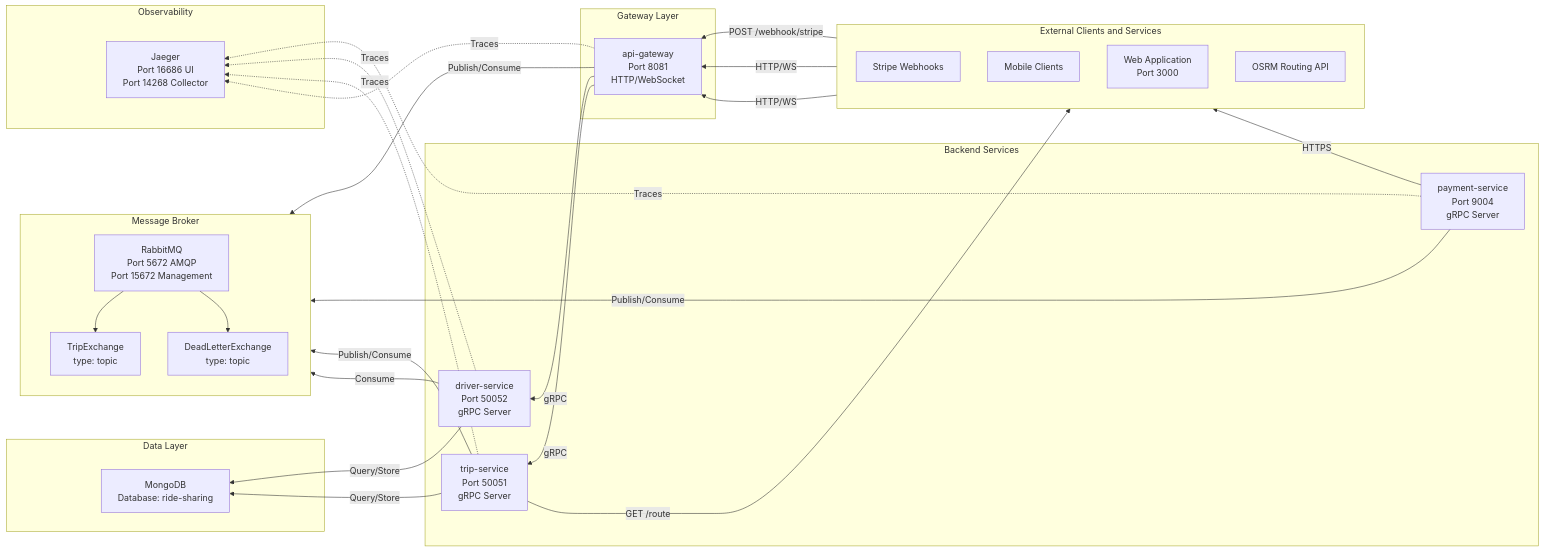
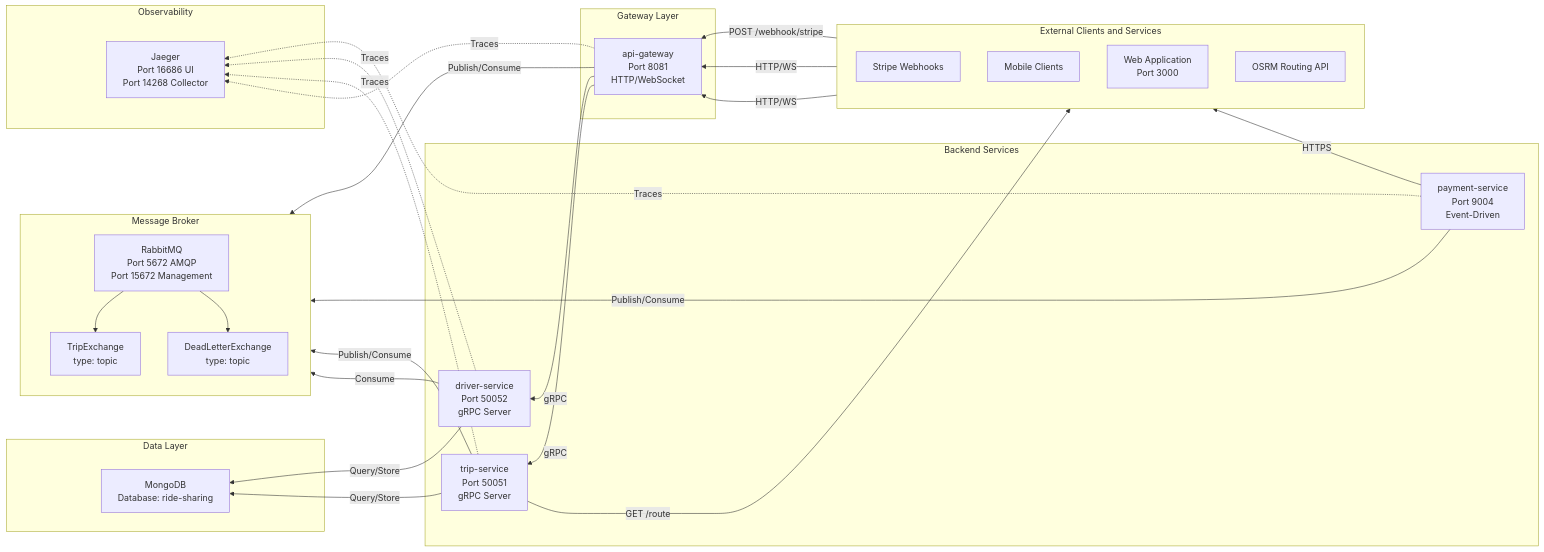
One commit to RushikeshBhavsar3605/RideSync changed the first of 2 diagrams in README.md. Above: the diagram before and after it, drawn with Mermaid. The commit also changed other lines of this file, not shown here.

````diff
--- a/README.md
+++ b/README.md
@@ -35,72 +67,72 @@
 ```mermaid
 flowchart RL
     %% Subgraph Definitions
     subgraph External [External Clients and Services]
         direction TB
         Stripe[Stripe Webhooks]
         Mobile[Mobile Clients]
         Web[Web Application<br/>Port 3000]
         OSRM[OSRM Routing API]
     end
 
     subgraph Gateway [Gateway Layer]
         APIGW[api-gateway<br/>Port 8081<br/>HTTP/WebSocket]
     end
 
     subgraph Backend [Backend Services]
-        Payment[payment-service<br/>Port 9004<br/>gRPC Server]
+        Payment[payment-service<br/>Port 9004<br/>Event-Driven]
         Driver[driver-service<br/>Port 50052<br/>gRPC Server]
         Trip[trip-service<br/>Port 50051<br/>gRPC Server]
     end
 
     subgraph Broker [Message Broker]
         direction TB
         Rabbit[RabbitMQ<br/>Port 5672 AMQP<br/>Port 15672 Management]
         TripEx[TripExchange<br/>type: topic]
         DLX[DeadLetterExchange<br/>type: topic]
     end
 
     subgraph Data [Data Layer]
         Mongo[MongoDB<br/>Database: ride-sharing]
     end
 
     subgraph Obs [Observability]
         Jaeger[Jaeger<br/>Port 16686 UI<br/>Port 14268 Collector]
     end
 
     %% --- Relationships ---
 
     %% External to Gateway
     Stripe -->|POST /webhook/stripe| APIGW
     Mobile -->|HTTP/WS| APIGW
     Web -->|HTTP/WS| APIGW
 
     %% Gateway to Backend
     APIGW -->|gRPC| Driver
     APIGW -->|gRPC| Trip
 
     %% Backend Service Inter-connections & Outbound
     Payment -->|HTTPS| Stripe
     Trip -->|GET /route| OSRM
 
     %% Database Connections
     Driver -->|Query/Store| Mongo
     Trip -->|Query/Store| Mongo
 
     %% Message Broker Connections
     APIGW -->|Publish/Consume| Rabbit
     Payment -->|Publish/Consume| Rabbit
     Trip -->|Publish/Consume| Rabbit
     Driver -->|Consume| Rabbit
 
     %% Broker Internal Exchanges
     Rabbit --> TripEx
     Rabbit --> DLX
 
     %% Observability (Traces)
     %% Using dotted lines
     Payment -.->|Traces| Jaeger
     Driver -.->|Traces| Jaeger
     Trip -.->|Traces| Jaeger
     APIGW -.->|Traces| Jaeger
 ```
````
